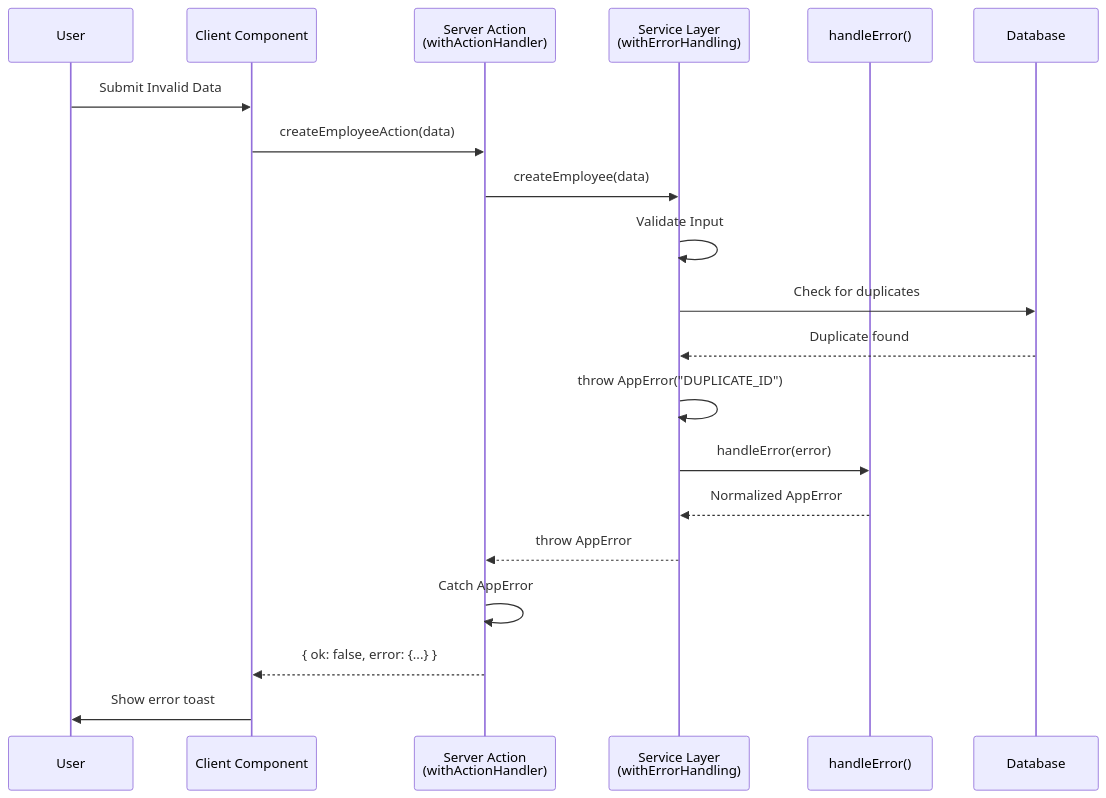
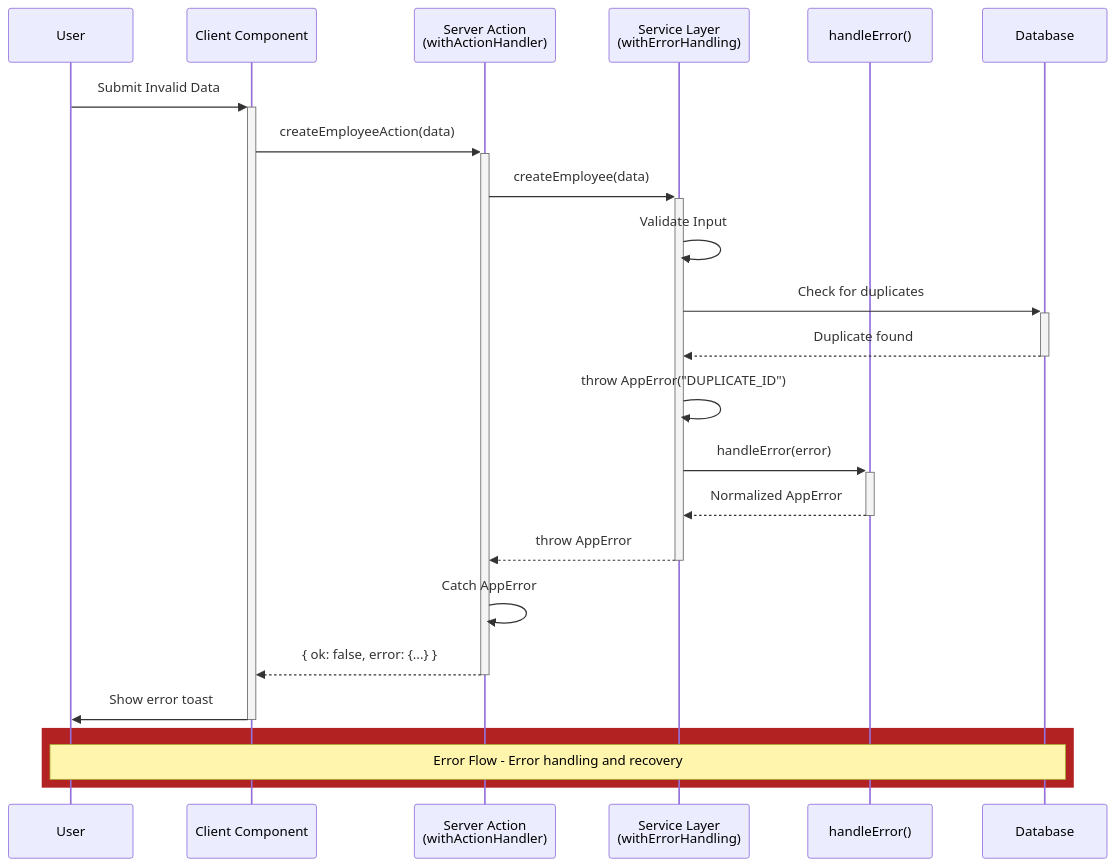
Before and after one commit to morsechimwai/nextjs-error-system-boilerplate: the second of 4 diagrams in README.md, drawn with Mermaid. The commit also changed other lines of this file, not shown here.

Commit message:
docs: Enhance sequence and process flow diagrams with improved styling for success and error handling

````diff
--- a/README.md
+++ b/README.md
@@ -366,23 +371,28 @@
 ```mermaid
 sequenceDiagram
     participant User
     participant Client as Client Component
     participant Action as Server Action<br/>(withActionHandler)
     participant Service as Service Layer<br/>(withErrorHandling)
     participant Handler as handleError()
     participant DB as Database
 
-    User->>Client: Submit Invalid Data
-    Client->>Action: createEmployeeAction(data)
-    Action->>Service: createEmployee(data)
+    User->>+Client: Submit Invalid Data
+    Client->>+Action: createEmployeeAction(data)
+    Action->>+Service: createEmployee(data)
     Service->>Service: Validate Input
-    Service->>DB: Check for duplicates
-    DB-->>Service: Duplicate found
+    Service->>+DB: Check for duplicates
+    DB-->>-Service: Duplicate found
     Service->>Service: throw AppError("DUPLICATE_ID")
-    Service->>Handler: handleError(error)
-    Handler-->>Service: Normalized AppError
-    Service-->>Action: throw AppError
+    Service->>+Handler: handleError(error)
+    Handler-->>-Service: Normalized AppError
+    Service-->>-Action: throw AppError
     Action->>Action: Catch AppError
-    Action-->>Client: { ok: false, error: {...} }
-    Client->>User: Show error toast
+    Action-->>-Client: { ok: false, error: {...} }
+    Client->>-User: Show error toast
+
+    %% Error Flow Styling
+    rect rgb(178, 34, 34)
+        note over User,DB: Error Flow - Error handling and recovery
+    end
 ```
````
